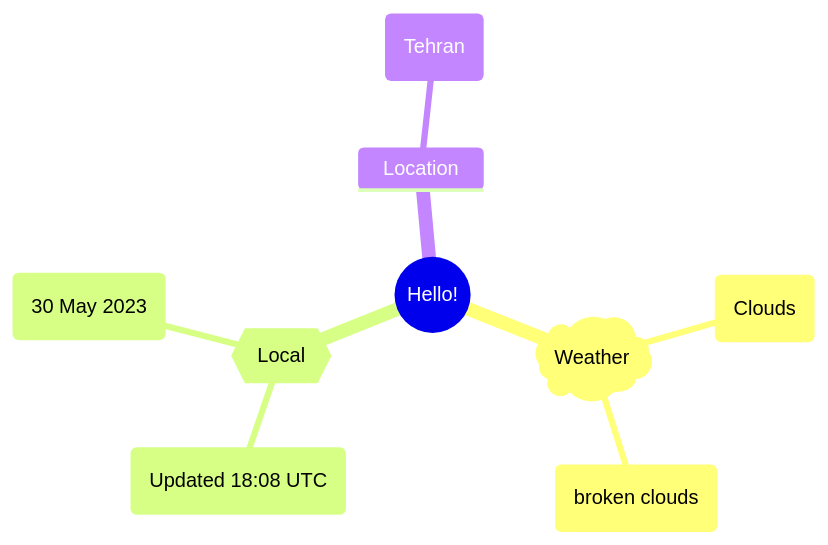
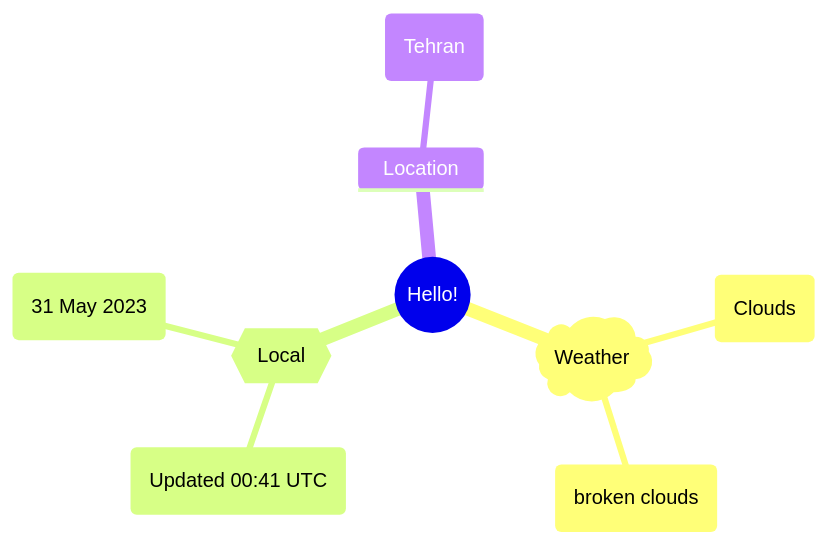
Before and after one commit to Xosrov/Xosrov: the first of 2 diagrams in README.md, drawn with Mermaid.

Commit message:
[bot] updated images

````diff
--- a/README.md
+++ b/README.md
@@ -3,12 +3,12 @@
 ```mermaid
 mindmap
   root((Hello!))
     )Weather(
         (Clouds)
         (broken clouds)
     {{Local}}
-        (Updated 18:08 UTC)
-        (30 May 2023)
+        (Updated 00:41 UTC)
+        (31 May 2023)
     Location
         (Tehran)
 ```
````
